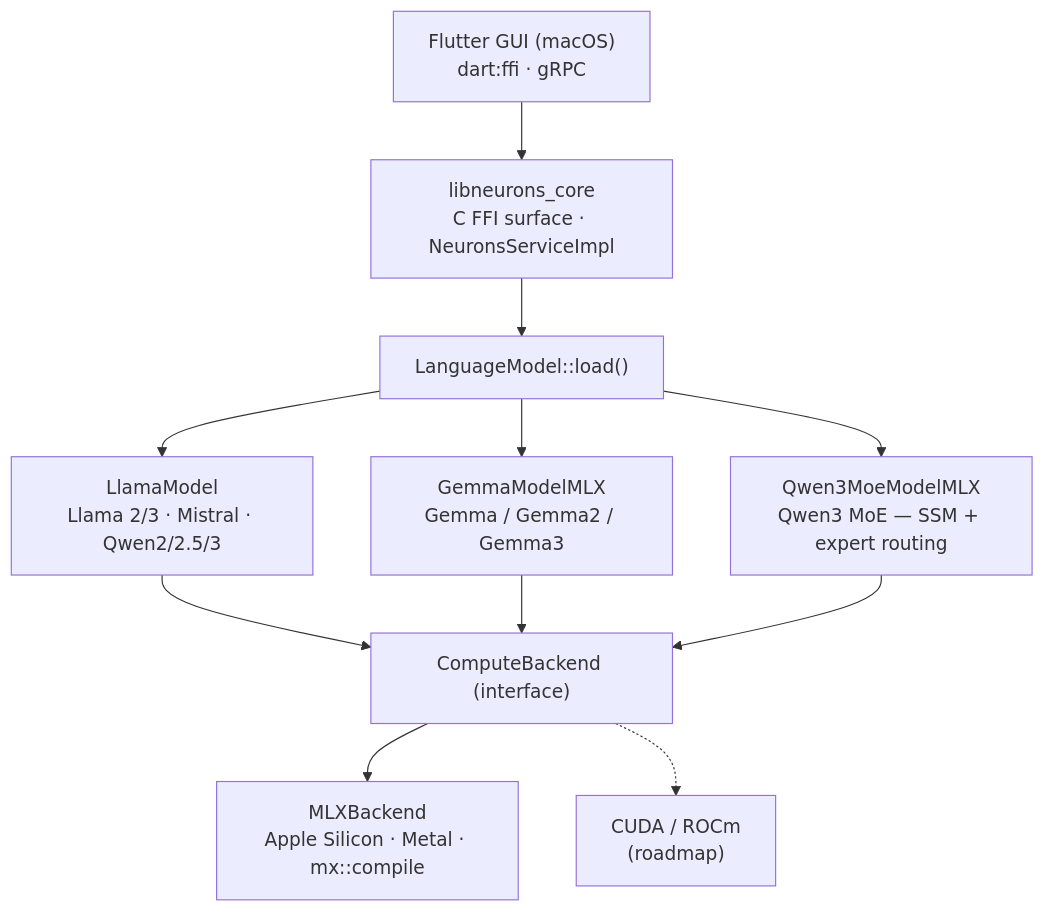
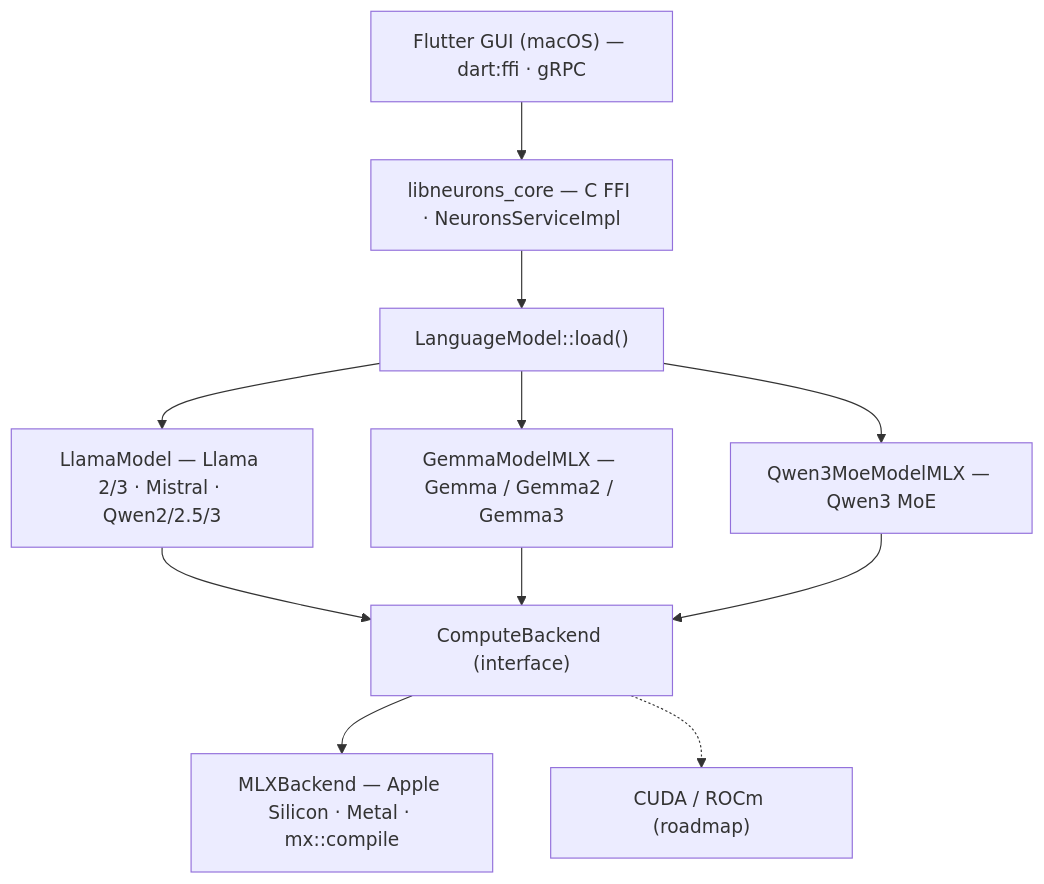
Before and after one commit to dexwritescode/neurons: the diagram in README.md, drawn with Mermaid.

Commit message:
fix: replace \n with dashes in Mermaid node labels

````diff
--- a/README.md
+++ b/README.md
@@ -73,23 +73,23 @@
 ```mermaid
 graph TD
-    GUI["Flutter GUI (macOS)\ndart:ffi · gRPC"]
-    Core["libneurons_core\nC FFI surface · NeuronsServiceImpl"]
+    GUI["Flutter GUI (macOS) — dart:ffi · gRPC"]
+    Core["libneurons_core — C FFI · NeuronsServiceImpl"]
     LM["LanguageModel::load()"]
 
-    Llama["LlamaModel\nLlama 2/3 · Mistral · Qwen2/2.5/3"]
-    Gemma["GemmaModelMLX\nGemma / Gemma2 / Gemma3"]
-    Qwen3Moe["Qwen3MoeModelMLX\nQwen3 MoE — SSM + expert routing"]
+    Llama["LlamaModel — Llama 2/3 · Mistral · Qwen2/2.5/3"]
+    Gemma["GemmaModelMLX — Gemma / Gemma2 / Gemma3"]
+    Qwen3Moe["Qwen3MoeModelMLX — Qwen3 MoE"]
 
     Backend["ComputeBackend (interface)"]
-    MLX["MLXBackend\nApple Silicon · Metal · mx::compile"]
-    Roadmap["CUDA / ROCm\n(roadmap)"]
+    MLX["MLXBackend — Apple Silicon · Metal · mx::compile"]
+    Roadmap["CUDA / ROCm (roadmap)"]
 
     GUI --> Core
     Core --> LM
     LM --> Llama
     LM --> Gemma
     LM --> Qwen3Moe
     Llama & Gemma & Qwen3Moe --> Backend
     Backend --> MLX
     Backend -.-> Roadmap
 ```
````
